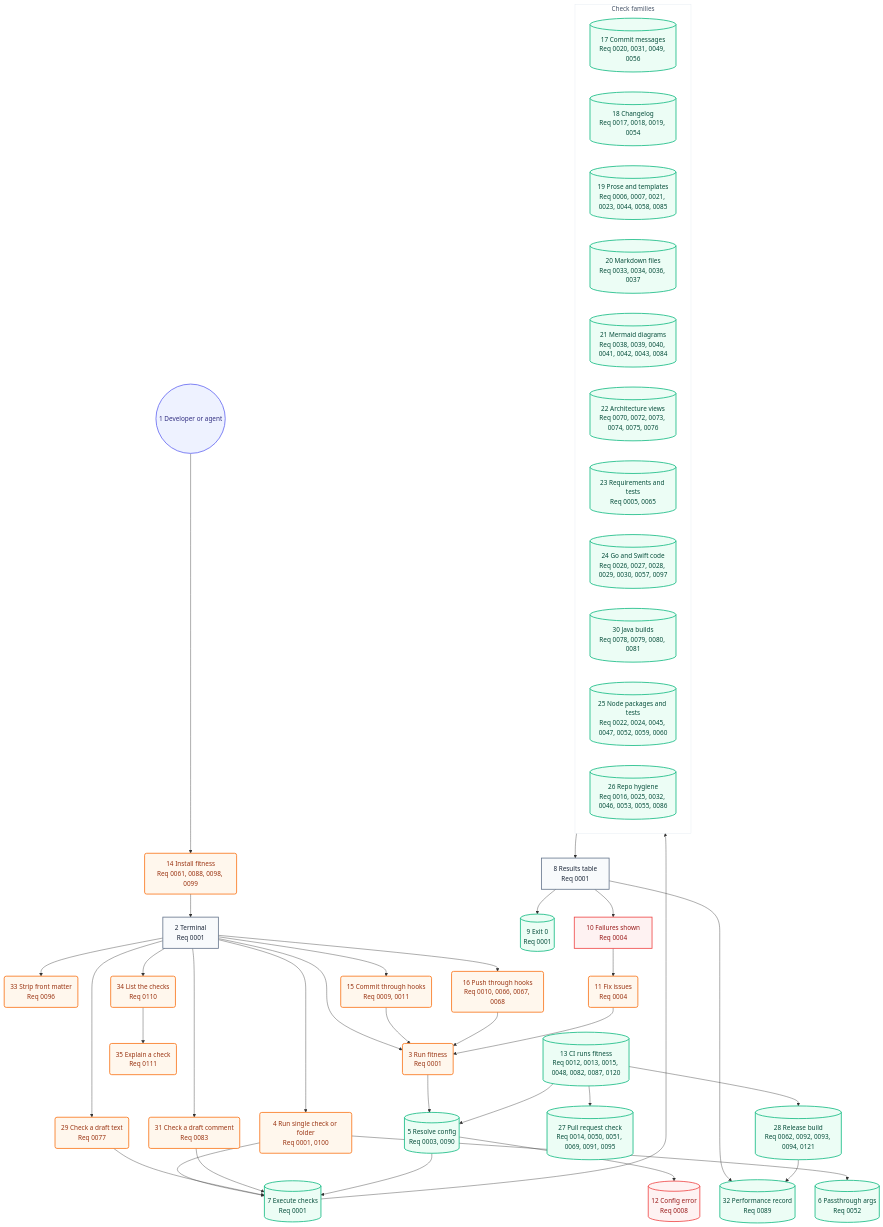
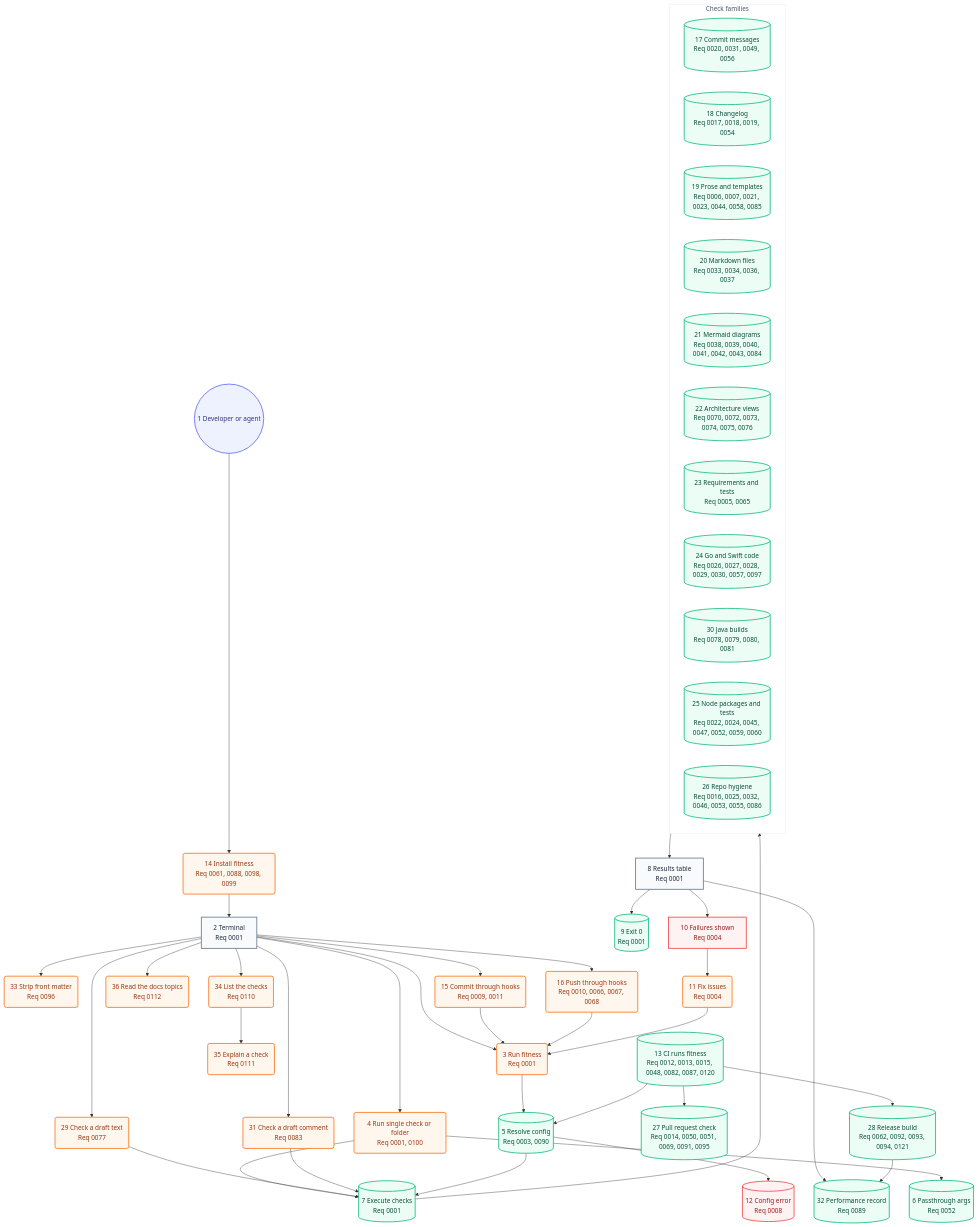
Before and after one commit to may-journal/fitness-runner: the second of 2 diagrams in docs/architecture/05-user-journey.md, drawn with Mermaid. The commit also changed other lines of this file and 18 other files, not shown here.

```diff
--- a/docs/architecture/05-user-journey.md
+++ b/docs/architecture/05-user-journey.md
@@ -49,6 +49,7 @@
     stripFront(33 Strip front matter<br/>Req 0096):::action
     listChecks(34 List the checks<br/>Req 0110):::action
     explainCheck(35 Explain a check<br/>Req 0111):::action
+    readDocs(36 Read the docs topics<br/>Req 0112):::action
     commitHook(15 Commit through hooks<br/>Req 0009, 0011):::action
     pushHook(16 Push through hooks<br/>Req 0010, 0066, 0067, 0068):::action
     resolveConfig[(5 Resolve config<br/>Req 0003, 0090)]:::system
@@ -90,6 +91,7 @@
     terminal --> stripFront
     terminal --> listChecks
     listChecks --> explainCheck
+    terminal --> readDocs
     commitHook --> runFull
     pushHook --> runFull
     runFull --> resolveConfig
```
